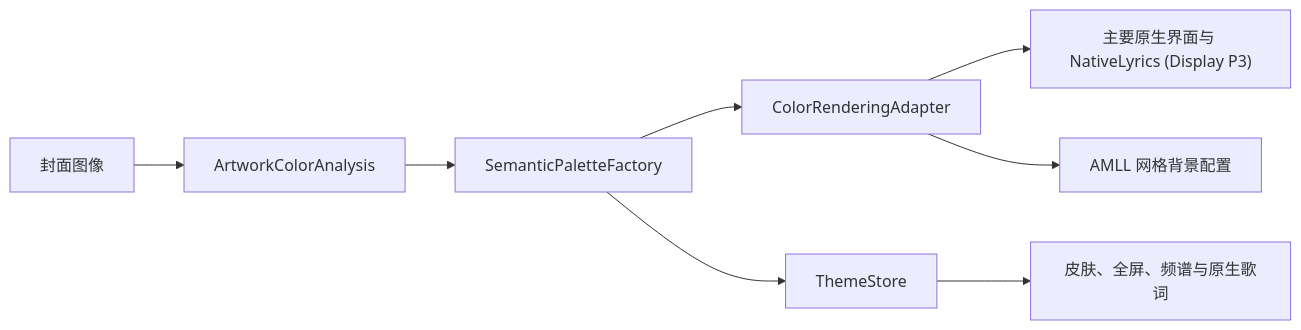
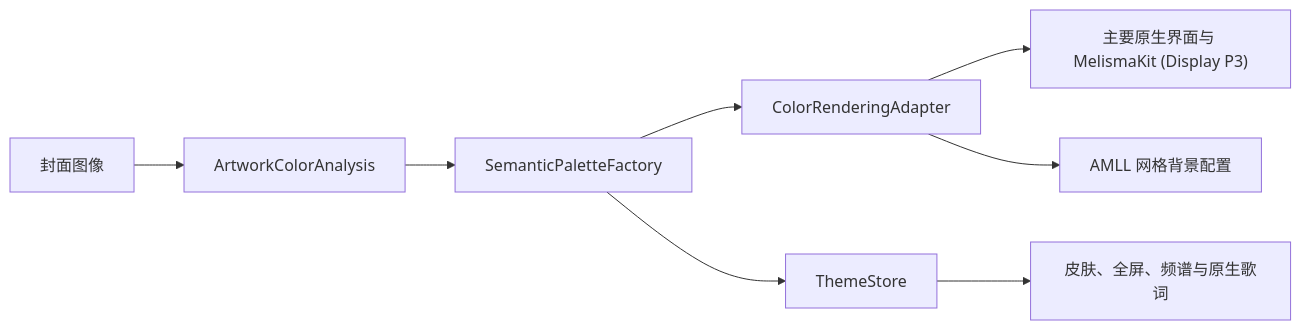
Before and after one commit to kmgcc/kmgccc_player: the diagram in docs/color-system.md, drawn with Mermaid. The commit also changed other lines of this file and 35 other files, not shown here.

````diff
--- a/docs/color-system.md
+++ b/docs/color-system.md
@@ -5,10 +5,10 @@
 ```mermaid
 flowchart LR
     Artwork["封面图像"] --> Analysis["ArtworkColorAnalysis"]
     Analysis --> Palette["SemanticPaletteFactory"]
     Palette --> Adapter["ColorRenderingAdapter"]
-    Adapter --> Native["主要原生界面与 NativeLyrics (Display P3)"]
+    Adapter --> Native["主要原生界面与 MelismaKit (Display P3)"]
     Adapter --> Background["AMLL 网格背景配置"]
     Palette --> Store["ThemeStore"]
     Store --> Consumers["皮肤、全屏、频谱与原生歌词"]
 ```
````
